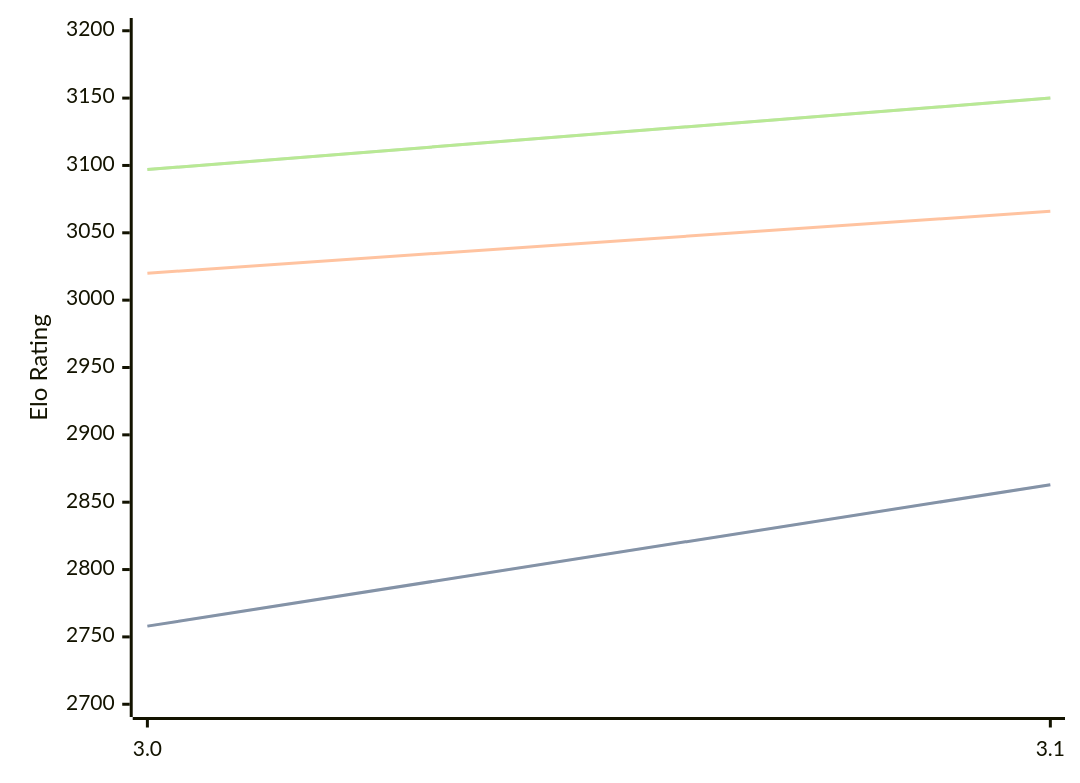
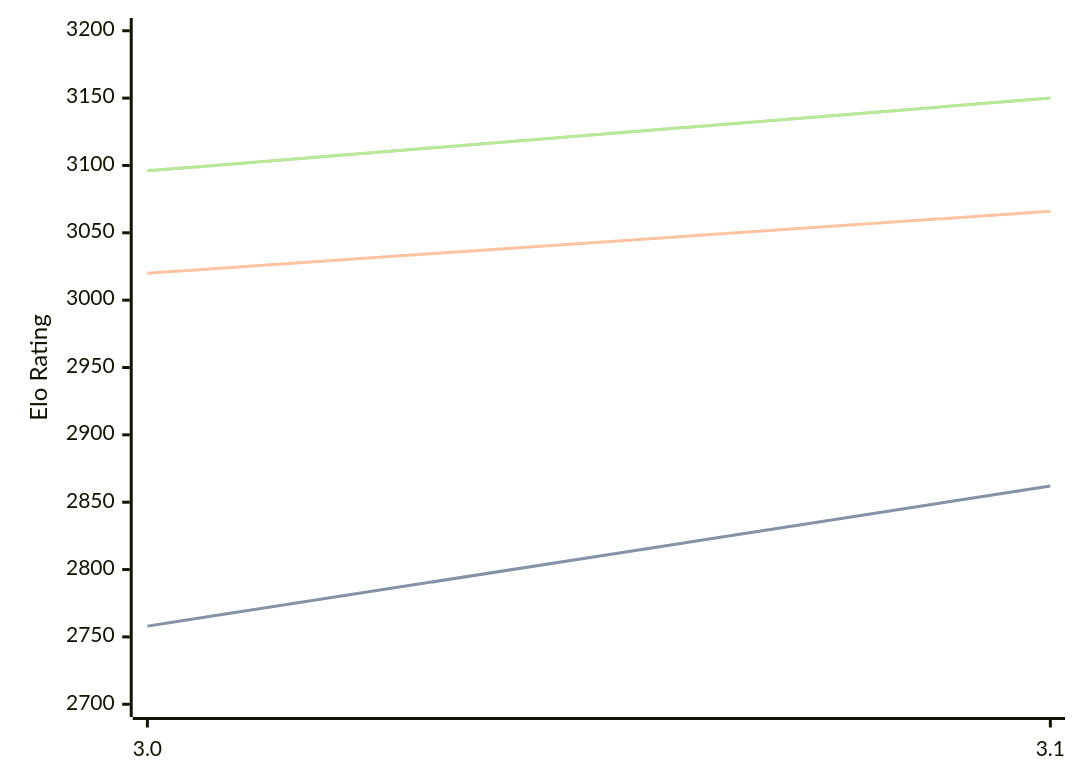
The diagram in engines/Vajolet2.md (computer-chess-index/cci), drawn with Mermaid before and after one commit. The commit also changed other lines of this file, not shown here.

Commit message:
Update CCI Ratings (ELO VLTC) - 2026-04-07

````diff
--- a/engines/Vajolet2.md
+++ b/engines/Vajolet2.md
@@ -40,11 +40,11 @@
 ```mermaid
 %%{init: {"theme":"base","themeVariables":{"seriesColors:['#a3a3a3','#222221','#faa371']}}}%%
 xychart-beta
   x-axis ["3.0", "3.1"]
   y-axis "Elo Rating" 2700 --> 3200
-  line "STC (8.0+0.08s)" [2758, 2863]
-  line "STC (8.0+0.08s)" [2758, 2863]
+  line "STC (8.0+0.08s)" [2758, 2862]
+  line "STC (8.0+0.08s)" [2758, 2862]
   line "LTC (60.0+0.60s)" [3020, 3066]
-  line "VLTC (2m24s+1.12s)" [3097, 3150]
-  line "VLTC (2m24s+1.12s)" [3097, 3150]
+  line "VLTC (2m24s+1.12s)" [3096, 3150]
+  line "VLTC (2m24s+1.12s)" [3096, 3150]
 ```
````
